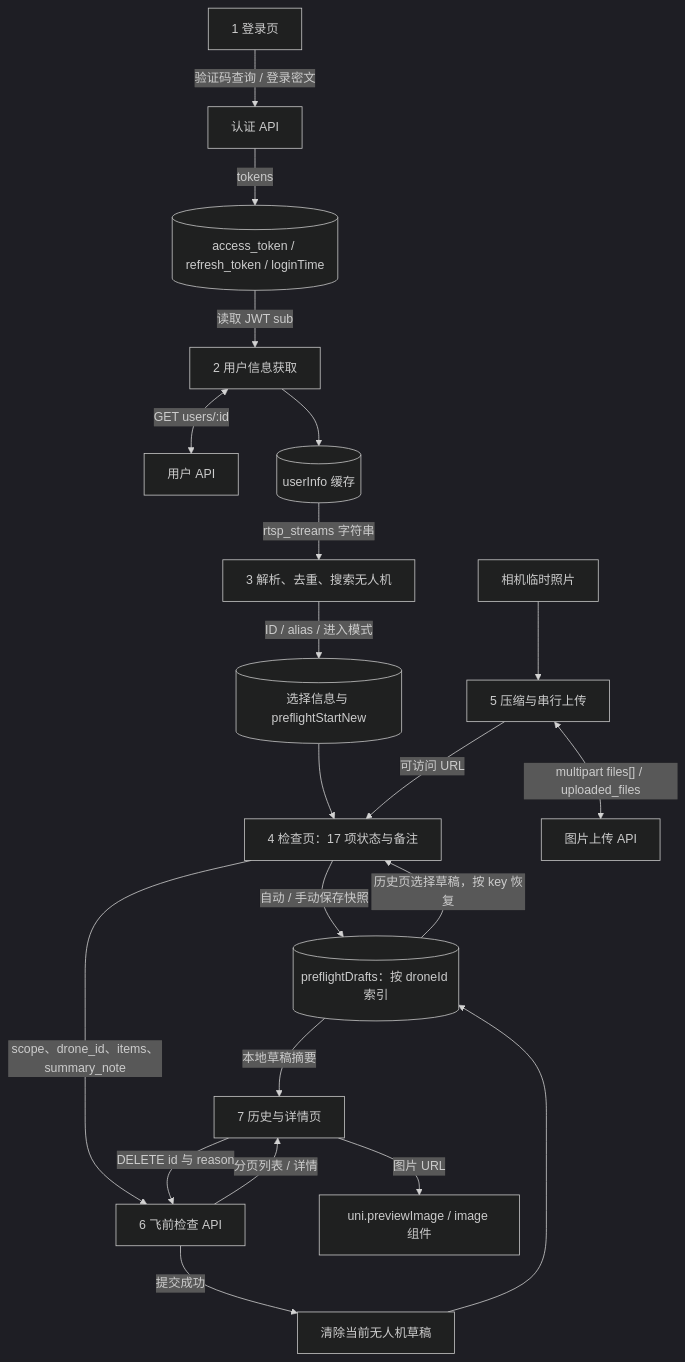
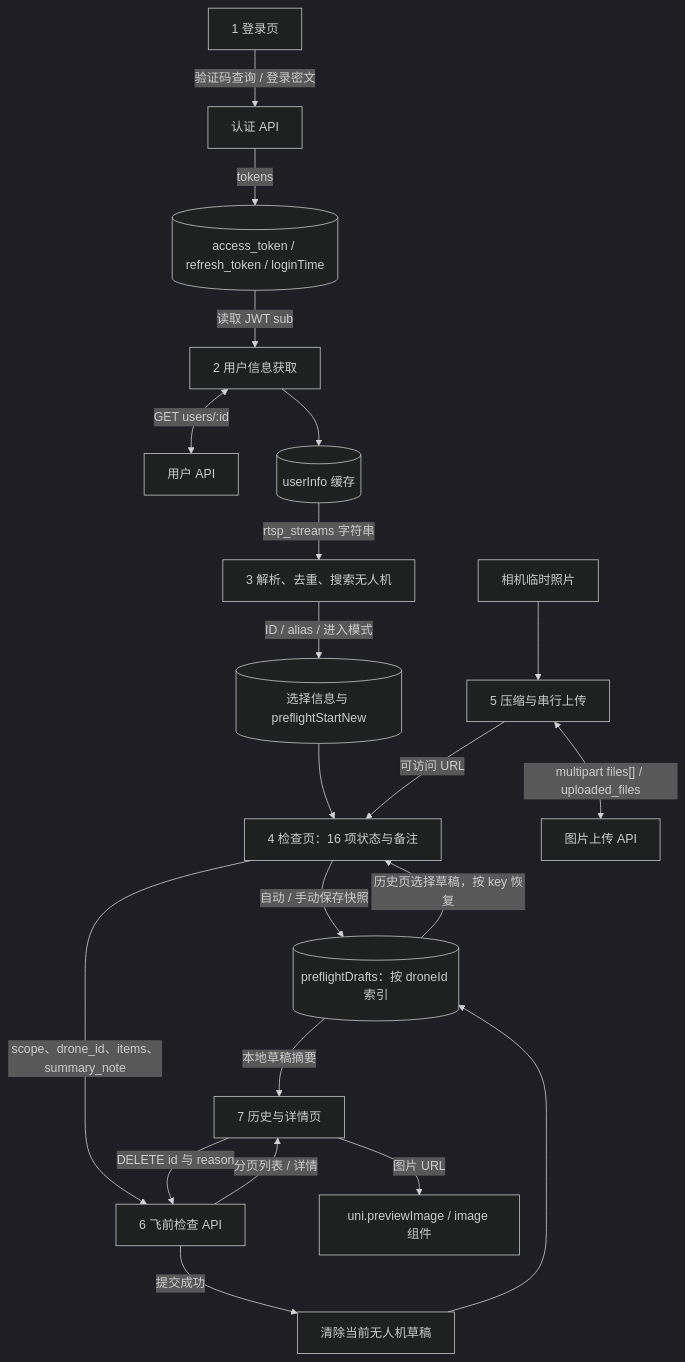
One commit to Vairsly/A2ZAPP changed the second of 4 diagrams in doc/02-data-flow.md. Above: the diagram before and after it, drawn with Mermaid (dark theme). The commit also changed other lines of this file and 12 other files, not shown here.

````diff
--- a/doc/02-data-flow.md
+++ b/doc/02-data-flow.md
@@ -25,24 +25,24 @@
 ```mermaid
 flowchart TB
     Login["1 登录页"] -->|"验证码查询 / 登录密文"| Auth["认证 API"]
     Auth -->|"tokens"| Session[("access_token / refresh_token / loginTime")]
     Session -->|"读取 JWT sub"| Profile["2 用户信息获取"]
     Profile <-->|"GET users/:id"| UserAPI["用户 API"]
     Profile --> Cache[("userInfo 缓存")]
     Cache -->|"rtsp_streams 字符串"| Drones["3 解析、去重、搜索无人机"]
     Drones -->|"ID / alias / 进入模式"| Selection[("选择信息与 preflightStartNew")]
-    Selection --> Check["4 检查页：17 项状态与备注"]
+    Selection --> Check["4 检查页：16 项状态与备注"]
     Drafts[("preflightDrafts：按 droneId 索引")]
     Check -->|"自动 / 手动保存快照"| Drafts
     Drafts -->|"历史页选择草稿，按 key 恢复"| Check
     Camera["相机临时照片"] --> Compress["5 压缩与串行上传"]
     Compress <-->|"multipart files[] / uploaded_files"| UploadAPI["图片上传 API"]
     Compress -->|"可访问 URL"| Check
     Check -->|"scope、drone_id、items、summary_note"| ChecksAPI["6 飞前检查 API"]
     ChecksAPI -->|"提交成功"| Cleanup["清除当前无人机草稿"]
     Cleanup --> Drafts
     ChecksAPI -->|"分页列表 / 详情"| History["7 历史与详情页"]
     Drafts -->|"本地草稿摘要"| History
     History -->|"DELETE id 与 reason"| ChecksAPI
     History -->|"图片 URL"| Preview["uni.previewImage / image 组件"]
 ```
````
